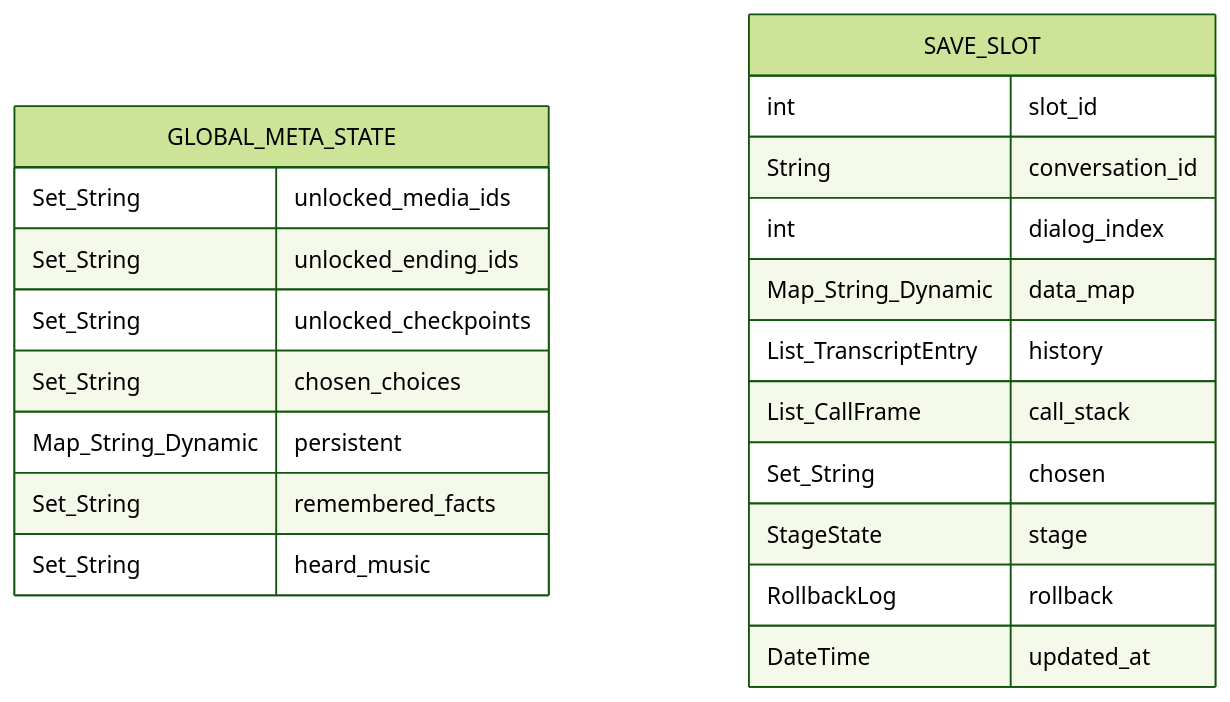
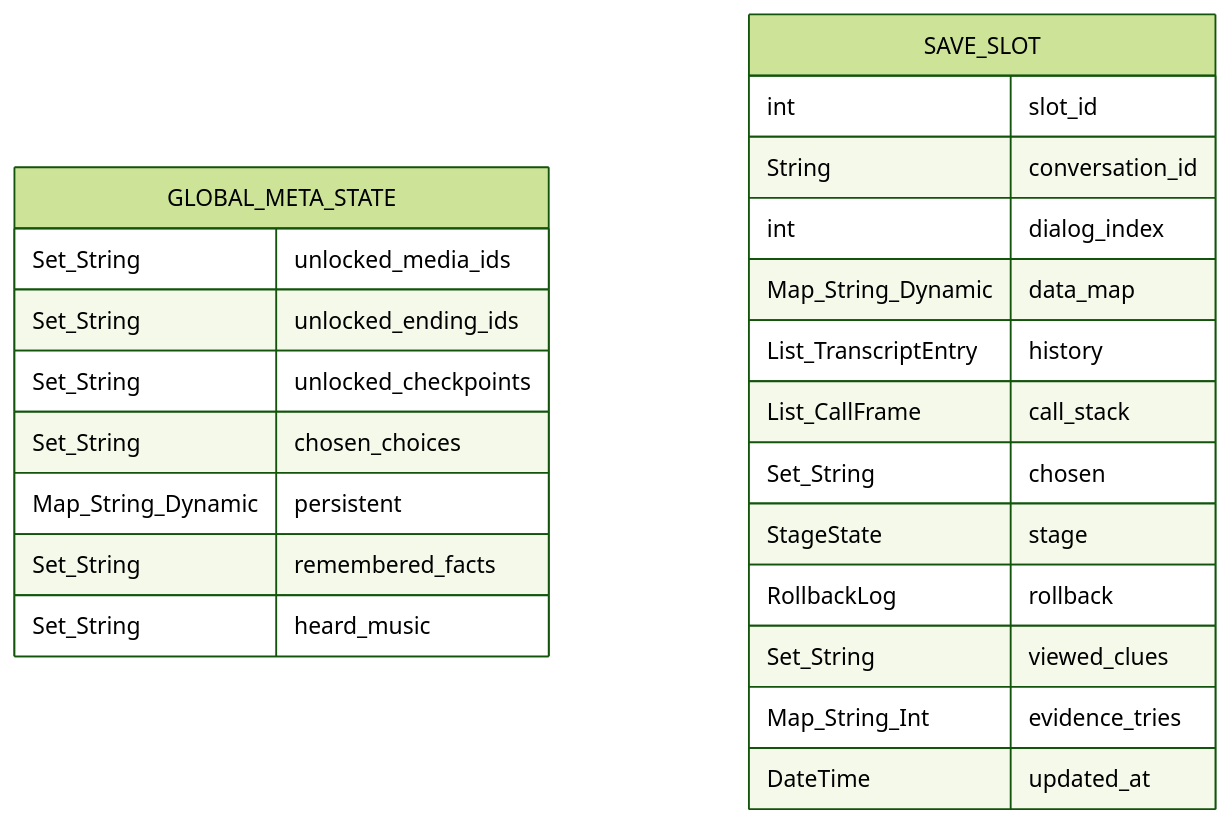
Before and after one commit to esafirm/cerita-engine: the diagram in specs/engine-and-state.md, drawn with Mermaid (forest theme). The commit also changed other lines of this file and 8 other files, not shown here.

````diff
--- a/specs/engine-and-state.md
+++ b/specs/engine-and-state.md
@@ -159,24 +159,26 @@
 ```mermaid
 erDiagram
     GLOBAL_META_STATE {
         Set_String unlocked_media_ids
         Set_String unlocked_ending_ids
         Set_String unlocked_checkpoints
         Set_String chosen_choices
         Map_String_Dynamic persistent
         Set_String remembered_facts
         Set_String heard_music
     }
     SAVE_SLOT {
         int slot_id
         String conversation_id
         int dialog_index
         Map_String_Dynamic data_map
         List_TranscriptEntry history
         List_CallFrame call_stack
         Set_String chosen
         StageState stage
         RollbackLog rollback
+        Set_String viewed_clues
+        Map_String_Int evidence_tries
         DateTime updated_at
     }
 ```
````
